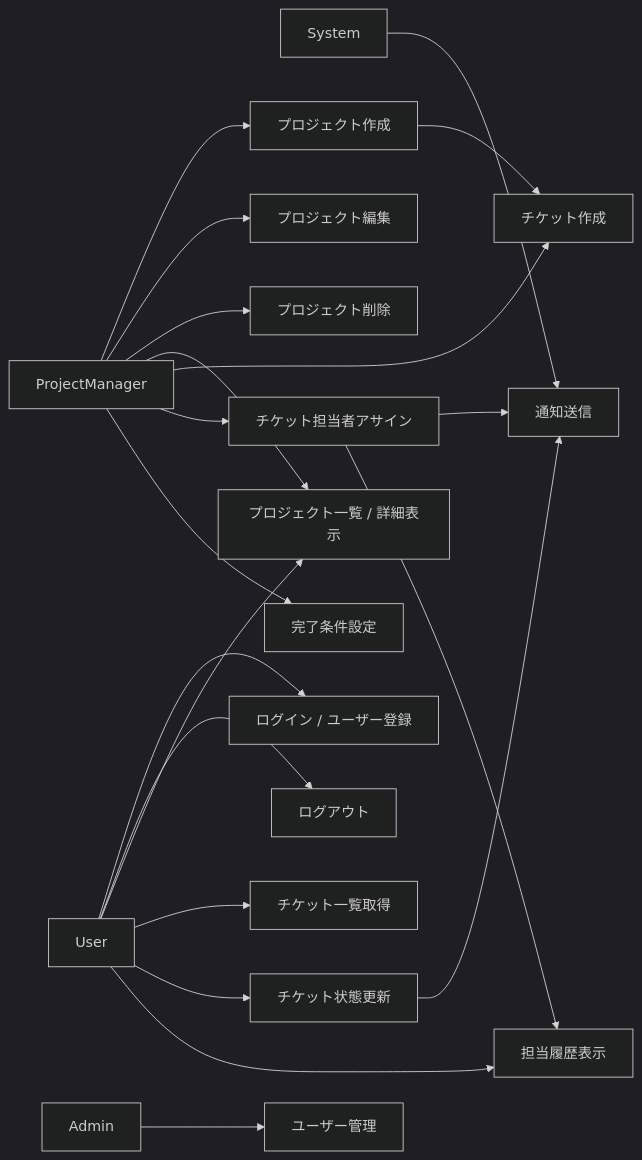
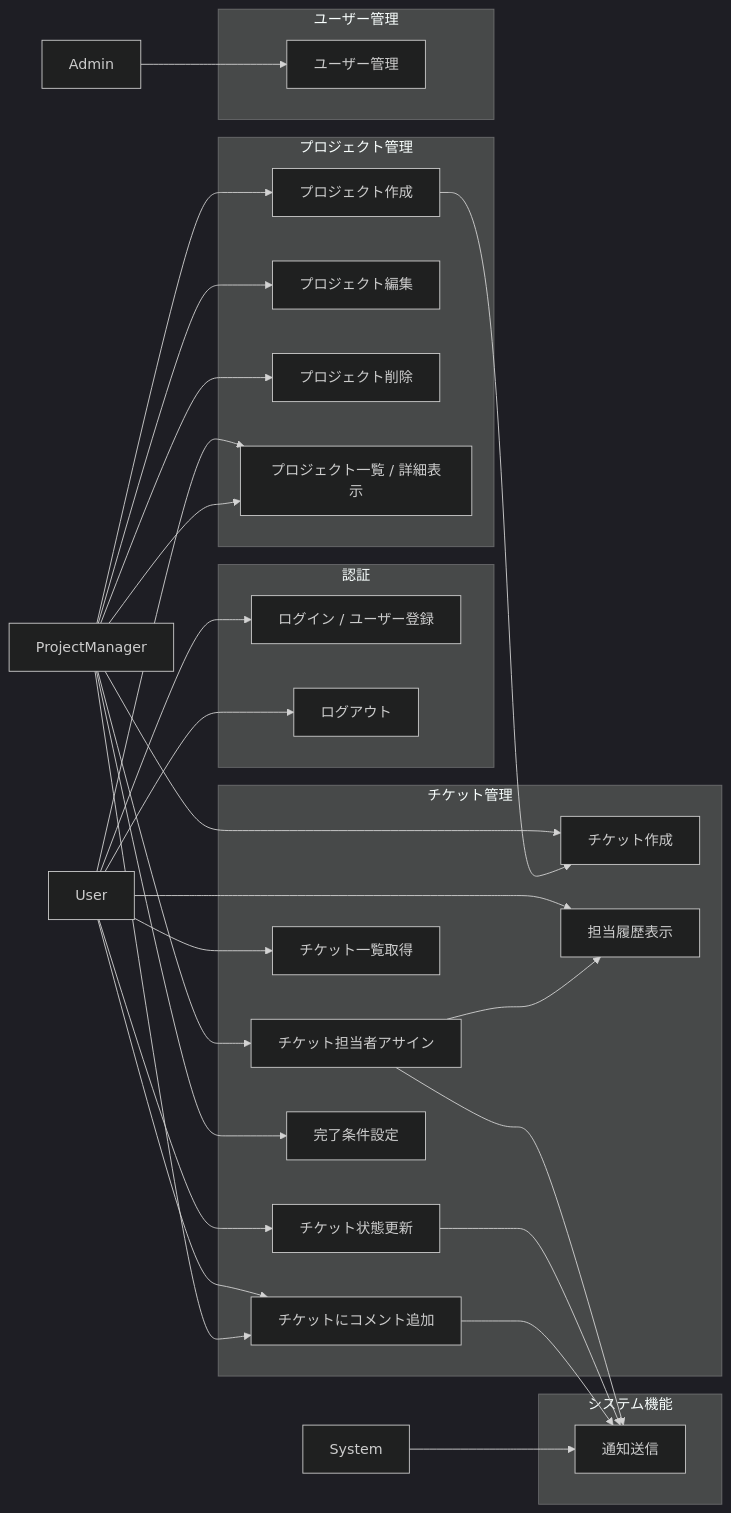
The diagram in 01.requirements/details/usecase.md (kuairen-227/pm-app-docs), drawn with Mermaid (dark theme) before and after one commit. The commit also changed 5 other files, not shown here.

````diff
--- a/01.requirements/details/usecase.md
+++ b/01.requirements/details/usecase.md
@@ -3,50 +3,72 @@
 ```mermaid
 graph LR
     %% アクター定義
     Admin["Admin"]
     PM["ProjectManager"]
     User["User"]
     System["System"]
 
-    %% ユースケース定義
-    Login["ログイン / ユーザー登録"]
-    Logout["ログアウト"]
-    CreateProject["プロジェクト作成"]
-    EditProject["プロジェクト編集"]
-    DeleteProject["プロジェクト削除"]
-    ViewProject["プロジェクト一覧 / 詳細表示"]
-    CreateTicket["チケット作成"]
-    UpdateTicketStatus["チケット状態更新"]
-    AssignTicket["チケット担当者アサイン"]
-    ViewTickets["チケット一覧取得"]
-    Notify["通知送信"]
-    ViewAssignmentHistory["担当履歴表示"]
-    SetCompletionCriteria["完了条件設定"]
-    ManageUsers["ユーザー管理"]
+    %% 認証
+    subgraph Authenticate["認証"]
+        Login["ログイン / ユーザー登録"]
+        Logout["ログアウト"]
+    end
+
+    %% プロジェクト管理
+    subgraph ProjectManagement["プロジェクト管理"]
+        CreateProject["プロジェクト作成"]
+        EditProject["プロジェクト編集"]
+        DeleteProject["プロジェクト削除"]
+        ViewProject["プロジェクト一覧 / 詳細表示"]
+    end
+
+    %% チケット管理
+    subgraph TicketManagement["チケット管理"]
+        CreateTicket["チケット作成"]
+        UpdateTicketStatus["チケット状態更新"]
+        AssignTicket["チケット担当者アサイン"]
+        ViewTickets["チケット一覧取得"]
+        AddComment["チケットにコメント追加"]
+        ViewAssignmentHistory["担当履歴表示"]
+        SetCompletionCriteria["完了条件設定"]
+    end
+
+    %% サブグループ：ユーザー管理
+    subgraph UserManagement["ユーザー管理"]
+        ManageUsers["ユーザー管理"]
+    end
+
+    %% 汎用システム
+    subgraph SystemFunctions["システム機能"]
+        Notify["通知送信"]
+    end
 
     %% アクター → ユースケース
     User --> Login
     User --> Logout
     User --> ViewProject
     User --> ViewTickets
     User --> UpdateTicketStatus
     User --> ViewAssignmentHistory
+    User --> AddComment
 
     PM --> CreateProject
     PM --> EditProject
     PM --> DeleteProject
     PM --> ViewProject
     PM --> CreateTicket
     PM --> AssignTicket
     PM --> SetCompletionCriteria
+    PM --> AddComment
 
     Admin --> ManageUsers
 
     System --> Notify
 
     %% 疑似 include / extend
     CreateProject --> CreateTicket
     AssignTicket --> Notify
     UpdateTicketStatus --> Notify
     AssignTicket --> ViewAssignmentHistory
+    AddComment --> Notify
 ```
````
